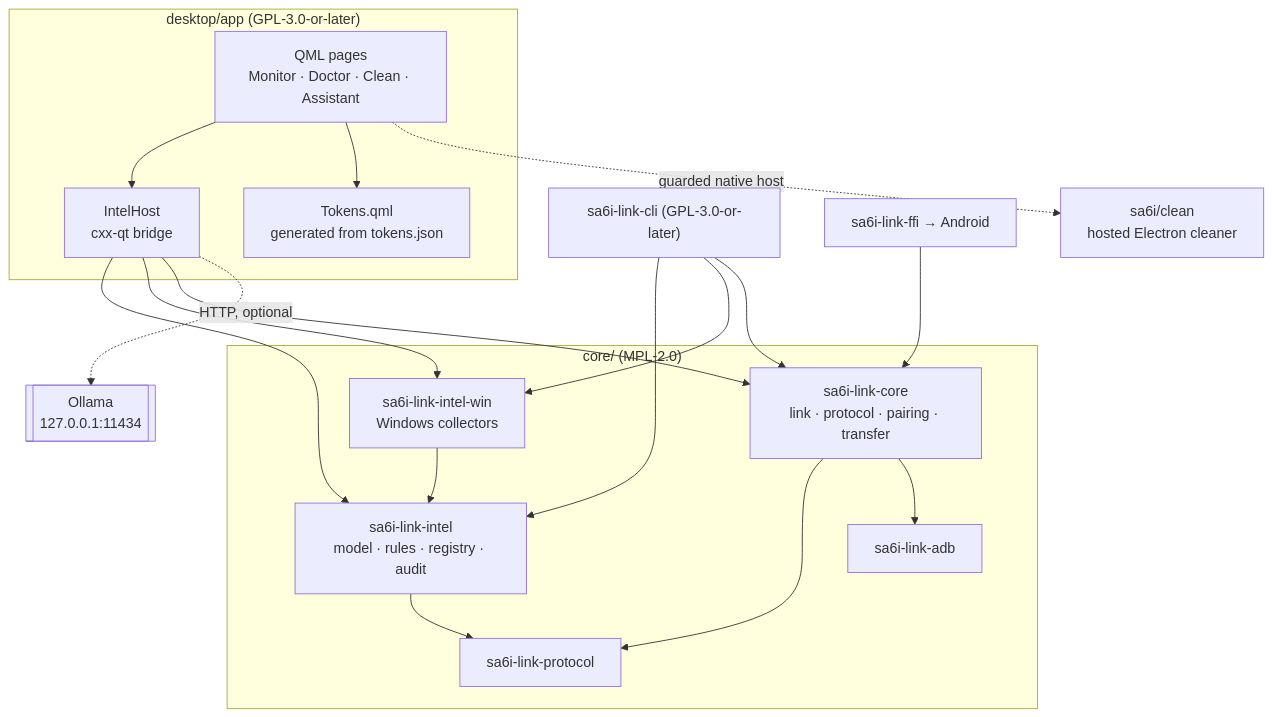
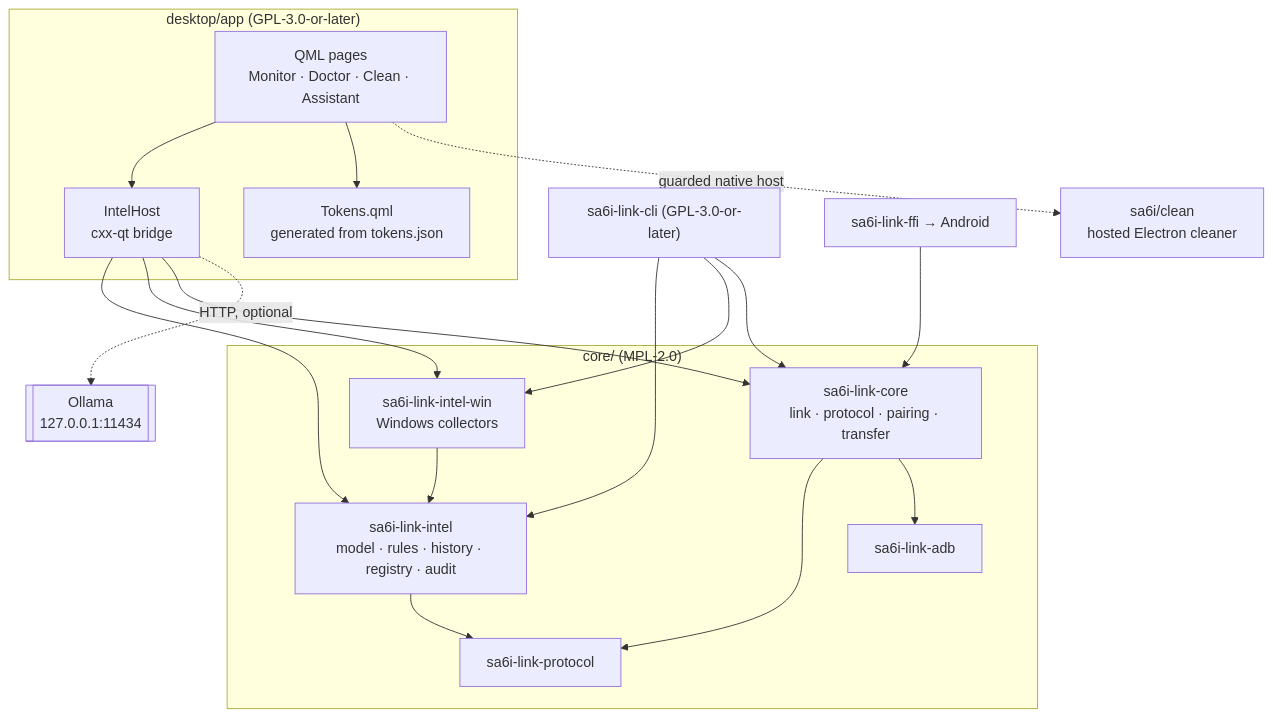
The diagram in docs/architecture/MODULE-MAP.md (ItsOkazaki/sa6i-link), drawn with Mermaid before and after one commit. The commit also changed 7 other files, not shown here.

````diff
--- a/docs/architecture/MODULE-MAP.md
+++ b/docs/architecture/MODULE-MAP.md
@@ -5,35 +5,35 @@
 ```mermaid
 graph TD
   subgraph Core["core/ (MPL-2.0)"]
-    INTEL["sa6i-link-intel<br/>model · rules · registry · audit"]
+    INTEL["sa6i-link-intel<br/>model · rules · history · registry · audit"]
     INTELWIN["sa6i-link-intel-win<br/>Windows collectors"]
     CORE["sa6i-link-core<br/>link · protocol · pairing · transfer"]
     PROTO["sa6i-link-protocol"]
     ADB["sa6i-link-adb"]
   end
   subgraph Shell["desktop/app (GPL-3.0-or-later)"]
     HOST["IntelHost<br/>cxx-qt bridge"]
     QML["QML pages<br/>Monitor · Doctor · Clean · Assistant"]
     THEME["Tokens.qml<br/>generated from tokens.json"]
   end
   CLI["sa6i-link-cli (GPL-3.0-or-later)"]
   FFI["sa6i-link-ffi → Android"]
   CLEAN["sa6i/clean<br/>hosted Electron cleaner"]
   OLLAMA[["Ollama<br/>127.0.0.1:11434"]]
 
   INTELWIN --> INTEL
   INTEL --> PROTO
   CORE --> PROTO
   CORE --> ADB
   CLI --> INTEL
   CLI --> INTELWIN
   CLI --> CORE
   HOST --> INTEL
   HOST --> INTELWIN
   HOST --> CORE
   QML --> HOST
   QML --> THEME
   FFI --> CORE
   HOST -.->|HTTP, optional| OLLAMA
   QML -.->|guarded native host| CLEAN
 ```
````
